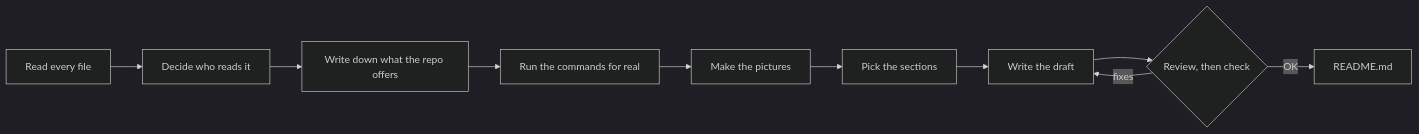
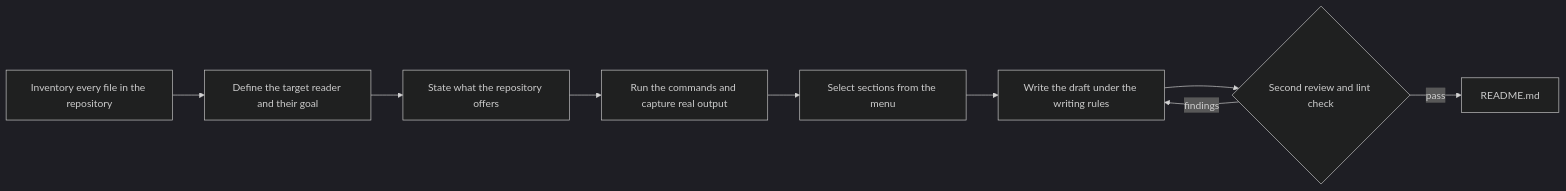
Before and after one commit to rishabhrawat35/github-readme-writer: the diagram in README.md, drawn with Mermaid (dark theme). The commit also changed other lines of this file and 6 other files, not shown here.

Commit message:
Professional register: rules R1-R9, acceptance criteria A1-A10, three-round review loop; README and scripts rewritten

````diff
--- a/README.md
+++ b/README.md
@@ -45,12 +62,11 @@
 ```mermaid
 flowchart LR
-    A[Read every file] --> B[Decide who reads it]
-    B --> C[Write down what the repo offers]
-    C --> D[Run the commands for real]
-    D --> E[Make the pictures]
-    E --> F[Pick the sections]
-    F --> G[Write the draft]
-    G --> H{Review, then check}
-    H -- fixes --> G
-    H -- OK --> R[README.md]
+    A[Inventory every file in the repository] --> B[Define the target reader and their goal]
+    B --> C[State what the repository offers]
+    C --> D[Run the commands and capture real output]
+    D --> F[Select sections from the menu]
+    F --> G[Write the draft under the writing rules]
+    G --> H{Second review and lint check}
+    H -- findings --> G
+    H -- pass --> R[README.md]
 ```
````
